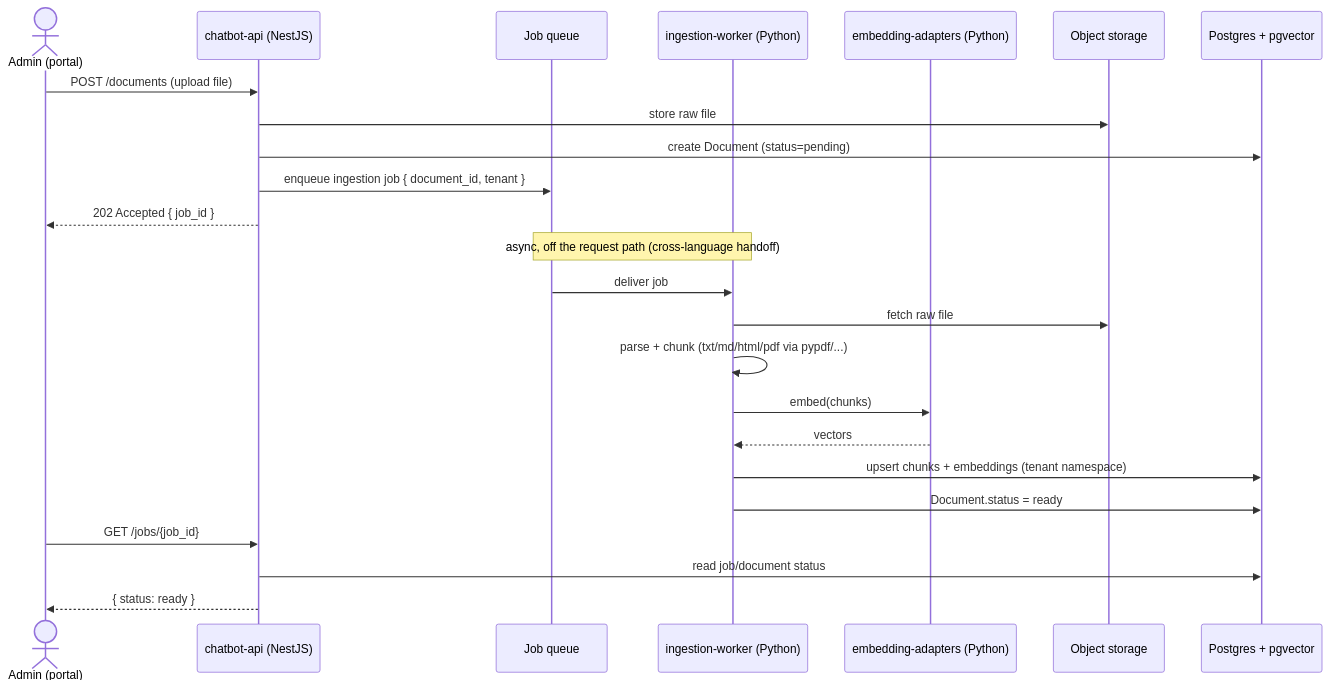
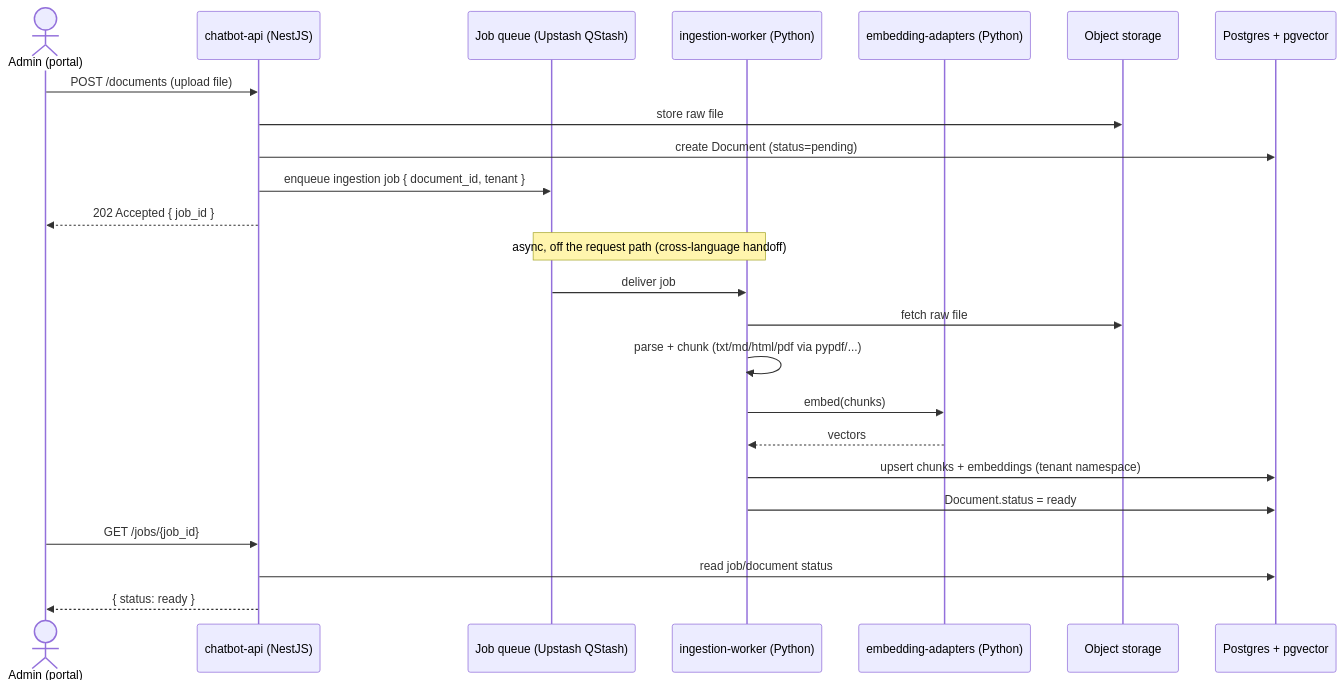
The third of 6 diagrams in @todo/SAAS-CHATBOT/ARCHITECTURE.md (gabemule/ai-tests), drawn with Mermaid before and after one commit. The commit also changed other lines of this file and 5 other files, not shown here.

````diff
--- a/@todo/SAAS-CHATBOT/ARCHITECTURE.md
+++ b/@todo/SAAS-CHATBOT/ARCHITECTURE.md
@@ -205,29 +205,29 @@
 ```mermaid
 sequenceDiagram
     actor User as Admin (portal)
     participant API as chatbot-api (NestJS)
-    participant Q as Job queue
+    participant Q as Job queue (Upstash QStash)
     participant W as ingestion-worker (Python)
     participant Emb as embedding-adapters (Python)
     participant Obj as Object storage
     participant PG as Postgres + pgvector
 
     User->>API: POST /documents (upload file)
     API->>Obj: store raw file
     API->>PG: create Document (status=pending)
     API->>Q: enqueue ingestion job { document_id, tenant }
     API-->>User: 202 Accepted { job_id }
 
     Note over Q,W: async, off the request path (cross-language handoff)
     Q->>W: deliver job
     W->>Obj: fetch raw file
     W->>W: parse + chunk (txt/md/html/pdf via pypdf/...)
     W->>Emb: embed(chunks)
     Emb-->>W: vectors
     W->>PG: upsert chunks + embeddings (tenant namespace)
     W->>PG: Document.status = ready
 
     User->>API: GET /jobs/{job_id}
     API->>PG: read job/document status
     API-->>User: { status: ready }
 ```
````
